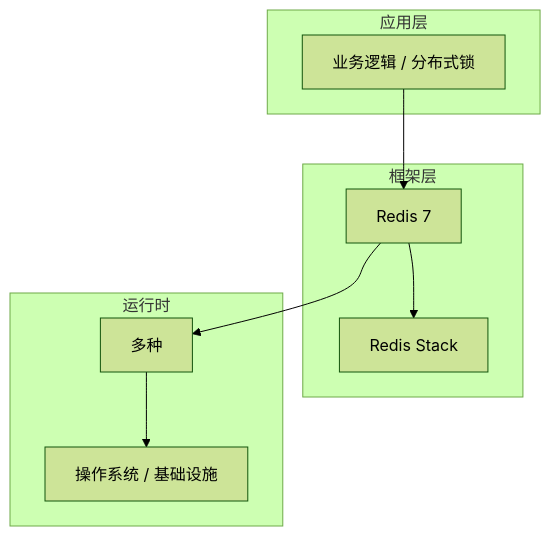
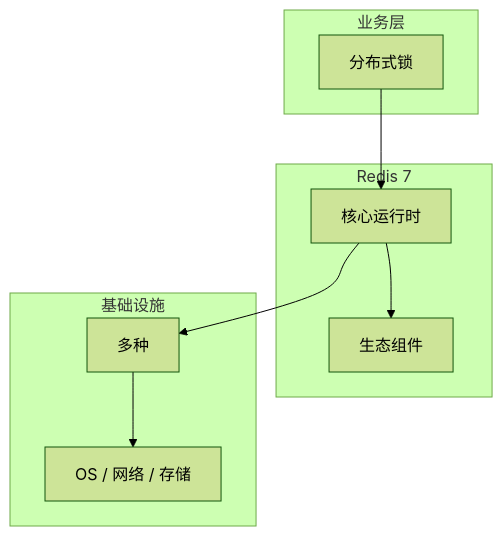
One commit to yanggan2015/knowledge-json-v2 changed the diagram in articles/Redis/chapters/097-分布式锁核心概念与原理.md. Above: the diagram before and after it, drawn with Mermaid (forest theme). The commit also changed other lines of this file and 10127 other files, not shown here.

````diff
--- a/articles/Redis/chapters/097-分布式锁核心概念与原理.md
+++ b/articles/Redis/chapters/097-分布式锁核心概念与原理.md
@@ -45,18 +34,18 @@
 ```mermaid
 graph TB
-    subgraph 应用层
-        A[业务逻辑 / 分布式锁]
+    subgraph 业务层
+        A[分布式锁]
     end
-    subgraph 框架层
-        B[Redis 7]
-        C[Redis Stack]
+    subgraph Redis 7
+        B[核心运行时]
+        C[生态组件]
     end
-    subgraph 运行时
+    subgraph 基础设施
         D[多种]
-        E[操作系统 / 基础设施]
+        E[OS / 网络 / 存储]
     end
     A --> B
     B --> C
     B --> D
     D --> E
 ```
````
